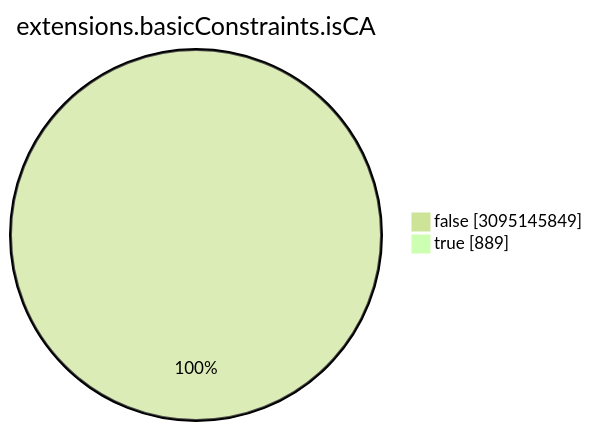
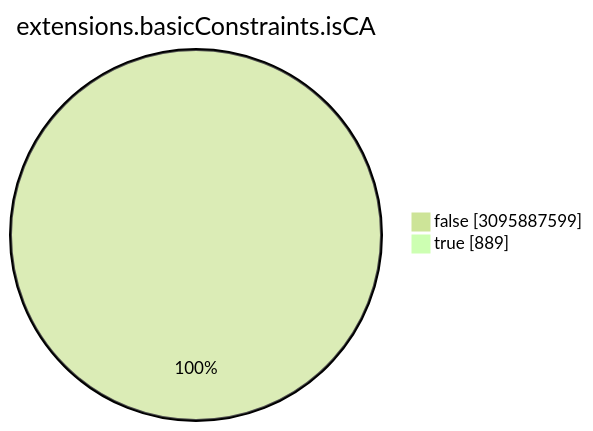
Before and after one commit to christiankrug/ctmonitor_visualization: the seventh of 15 diagrams in TOTAL/README.md, drawn with Mermaid (forest theme). The commit also changed other lines of this file, not shown here.

````diff
--- a/TOTAL/README.md
+++ b/TOTAL/README.md
@@ -3086,6 +3086,6 @@
 ```mermaid
 pie showData
 title extensions.basicConstraints.isCA
-"false" :3095145849
+"false" :3095887599
 "true" :889
 ```
````
